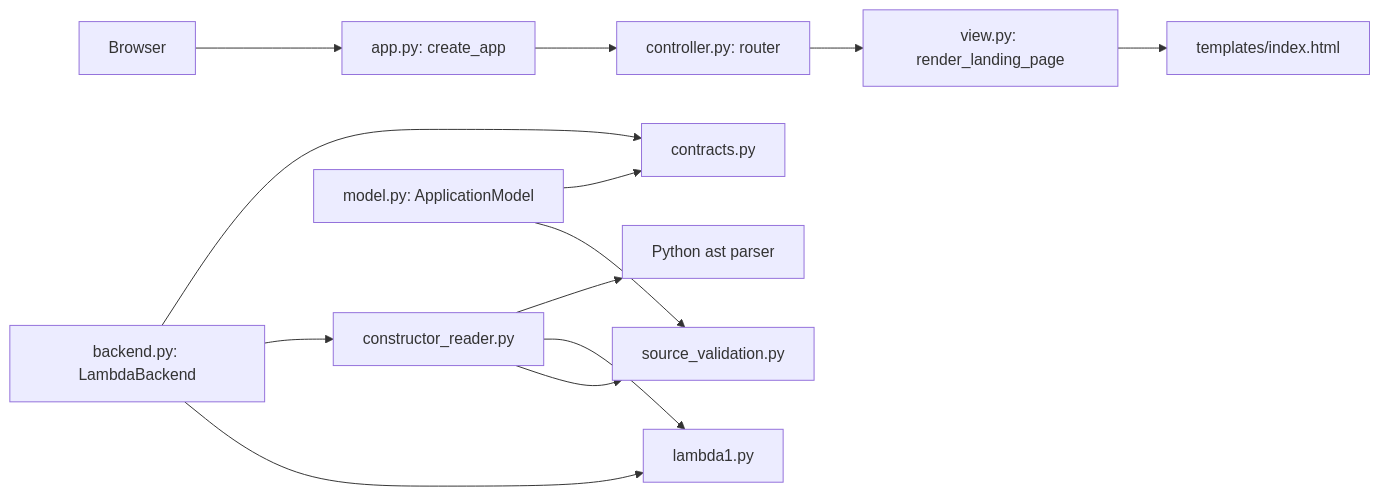
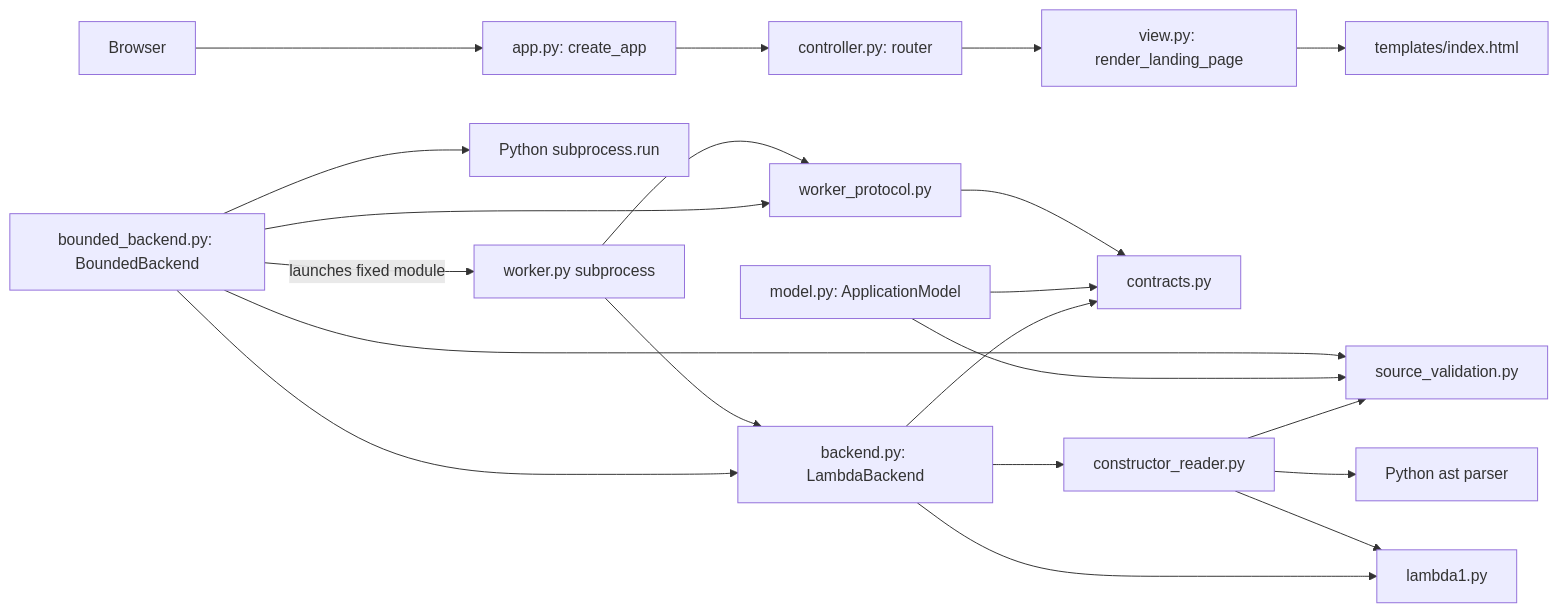
One commit to kojiken4/CS413-2026-Fall-kojiken changed the diagram in assigns/04/MySolution/ARCHITECTURE.md. Above: the diagram before and after it, drawn with Mermaid. The commit also changed other lines of this file and 8 other files, not shown here.

````diff
--- a/assigns/04/MySolution/ARCHITECTURE.md
+++ b/assigns/04/MySolution/ARCHITECTURE.md
@@ -5,15 +5,23 @@
 ```mermaid
 flowchart LR
     Browser --> App[app.py: create_app]
     App --> Controller[controller.py: router]
     Controller --> View[view.py: render_landing_page]
     View --> HTML[templates/index.html]
     Backend[backend.py: LambdaBackend] --> Contracts[contracts.py]
     Backend --> Reader[constructor_reader.py]
     Backend --> Language[lambda1.py]
     Reader --> AST[Python ast parser]
     Reader --> Language
     Reader --> Validation[source_validation.py]
     Model[model.py: ApplicationModel] --> Contracts
     Model --> Validation
+    Bounded[bounded_backend.py: BoundedBackend] --> Backend
+    Bounded --> Validation
+    Bounded --> Transport[worker_protocol.py]
+    Bounded --> Subprocess[Python subprocess.run]
+    Bounded -->|launches fixed module| Worker[worker.py subprocess]
+    Worker --> Backend
+    Worker --> Transport
+    Transport --> Contracts
 ```
````
